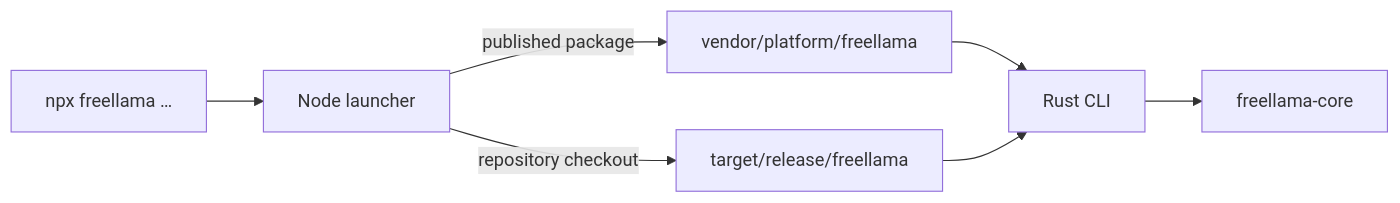
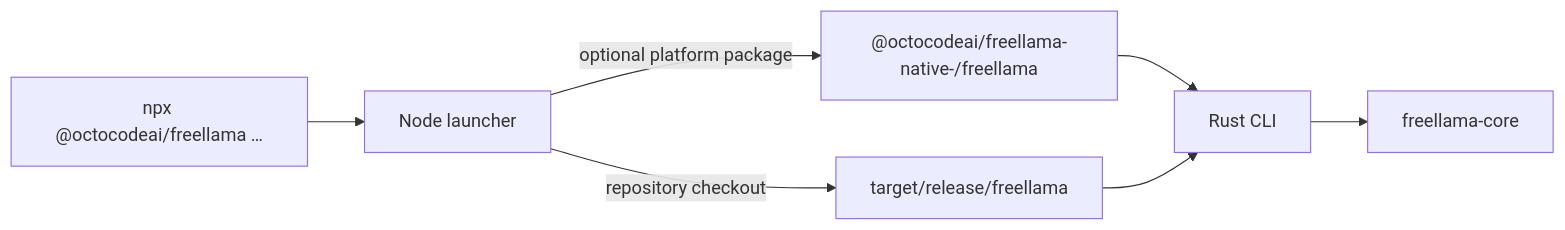
The diagram in packages/cli/README.md (bgauryy/FreeLlama), drawn with Mermaid before and after one commit. The commit also changed other lines of this file and 77 other files, not shown here.

````diff
--- a/packages/cli/README.md
+++ b/packages/cli/README.md
@@ -9,9 +9,9 @@
 ```mermaid
 flowchart LR
-    N["npx freellama …"] --> J["Node launcher"]
-    J -->|"published package"| V["vendor/platform/freellama"]
+    N["npx @octocodeai/freellama …"] --> J["Node launcher"]
+    J -->|"optional platform package"| V["@octocodeai/freellama-native-<target>/freellama"]
     J -->|"repository checkout"| T["target/release/freellama"]
     V --> R["Rust CLI"]
     T --> R
     R --> C["freellama-core"]
 ```
````
